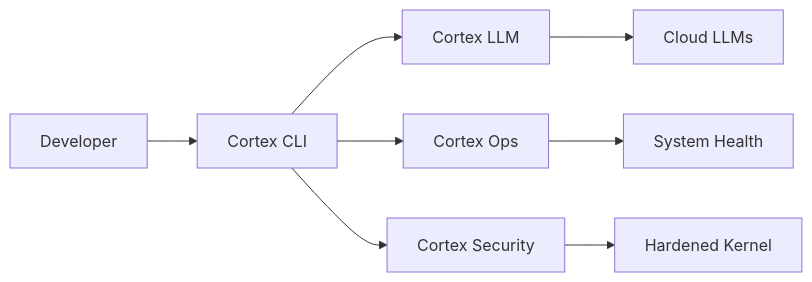
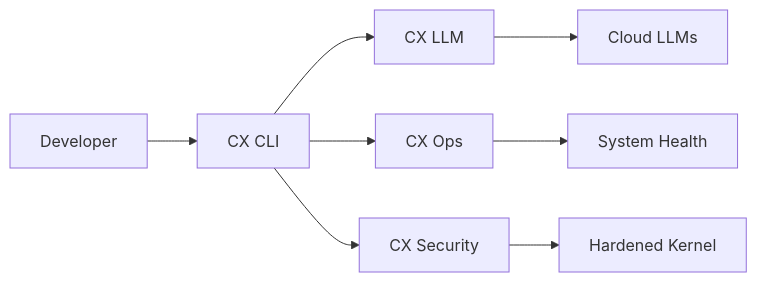
One commit to cxlinux-ai/cx-web changed the diagram in docs/docs/index.md. Above: the diagram before and after it, drawn with Mermaid. The commit also changed other lines of this file and 21 other files, not shown here.

````diff
--- a/docs/docs/index.md
+++ b/docs/docs/index.md
@@ -7,10 +7,10 @@
 ```mermaid
 graph LR
-    A[Developer] --> B[Cortex CLI]
-    B --> C[Cortex LLM]
-    B --> D[Cortex Ops]
-    B --> E[Cortex Security]
+    A[Developer] --> B[CX CLI]
+    B --> C[CX LLM]
+    B --> D[CX Ops]
+    B --> E[CX Security]
     C --> F[Cloud LLMs]
     D --> G[System Health]
     E --> H[Hardened Kernel]
 ```
````
